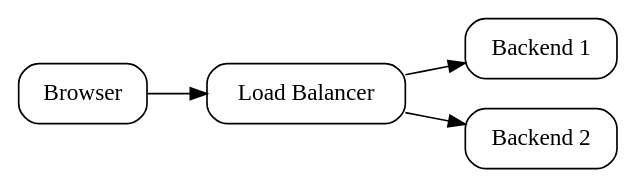
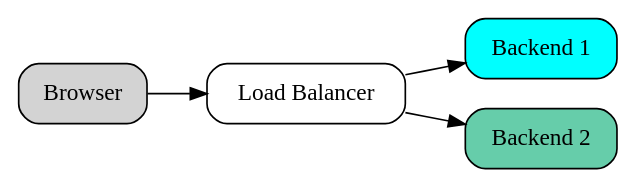
Before and after one commit to rogermarlow/devops_demo: the diagram in diagram.dot, drawn with Graphviz. The commit also changed 6 other files, not shown here.

```diff
--- a/diagram.dot
+++ b/diagram.dot
@@ -1,13 +1,13 @@
 digraph R {
   rankdir=LR
-  node [style=rounded]
+  node [style="rounded,filled"]
   
   browser  [shape=box label="Browser"]
-  balancer [shape=box label="Load Balancer"]
-  node1    [shape=box label="Backend 1"]
-  node2    [shape=box label="Backend 2"]
+  balancer [shape=box label="Load Balancer" fillcolor="white"]
+  node1    [shape=box label="Backend 1" fillcolor="aqua"]
+  node2    [shape=box label="Backend 2" fillcolor="aquamarine3"]
 
   browser -> balancer
   balancer -> node1
   balancer -> node2
 }
```
